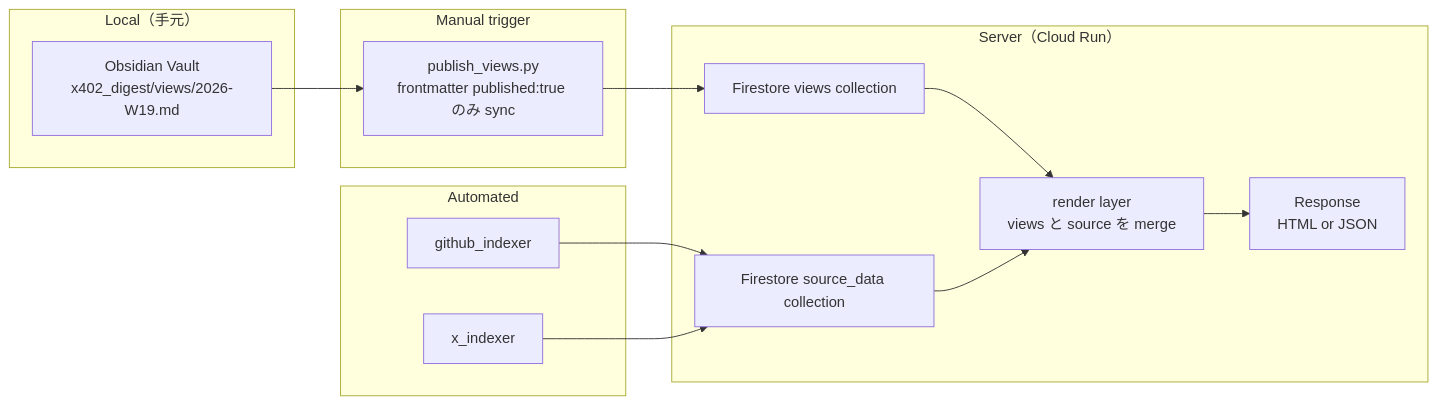
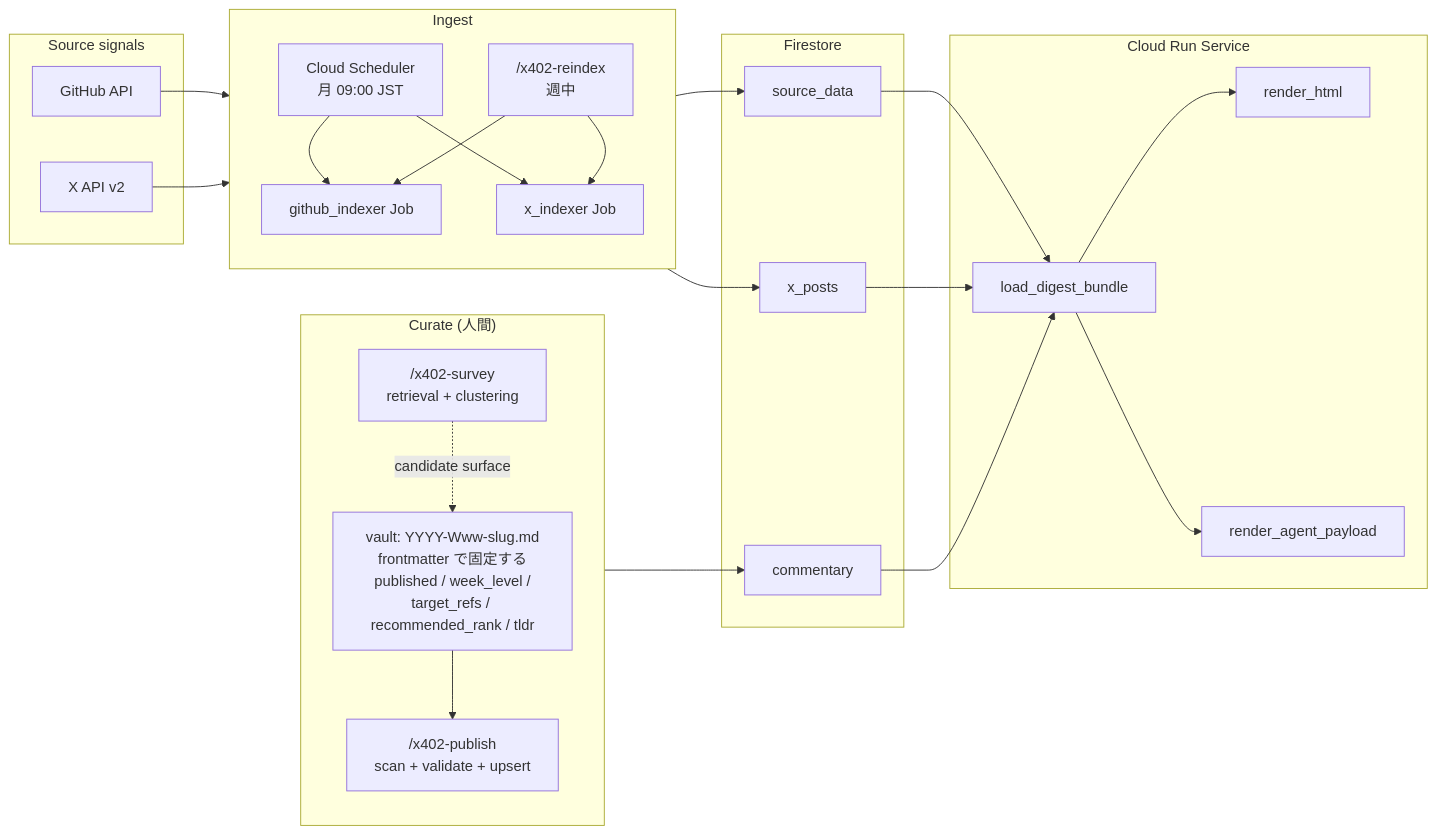
Before and after one commit to shuhei0866/x402-cms: the third of 5 diagrams in docs/architecture.ja.md, drawn with Mermaid. The commit also changed other lines of this file and 1 other file, not shown here.

````diff
--- a/docs/architecture.ja.md
+++ b/docs/architecture.ja.md
@@ -133,30 +142,50 @@
 ```mermaid
 flowchart LR
-  subgraph "Local（手元）"
-    Obsidian["Obsidian Vault<br/>x402_digest/views/2026-W19.md"]
+  subgraph Src["Source signals"]
+    GH["GitHub API"]
+    XAPI["X API v2"]
   end
 
-  subgraph "Manual trigger"
-    Publish["publish_views.py<br/>frontmatter published:true のみ sync"]
+  subgraph Ingest["Ingest"]
+    direction TB
+    Cron["Cloud Scheduler<br/>月 09:00 JST"]
+    Manual["/x402-reindex<br/>週中"]
+    GHJob["github_indexer Job"]
+    XJob["x_indexer Job"]
+    Cron --> GHJob
+    Cron --> XJob
+    Manual --> GHJob
+    Manual --> XJob
   end
 
-  subgraph "Server（Cloud Run）"
-    DBV["Firestore views collection"]
-    DBS["Firestore source_data collection"]
-    Render["render layer<br/>views と source を merge"]
-    Out["Response<br/>HTML or JSON"]
+  subgraph Curate["Curate (人間)"]
+    direction TB
+    Survey["/x402-survey<br/>retrieval + clustering"]
+    Vault["vault: YYYY-Www-slug.md<br/>frontmatter で固定する<br/>published / week_level /<br/>target_refs / recommended_rank / tldr"]
+    PubSkill["/x402-publish<br/>scan + validate + upsert"]
+    Survey -.->|"candidate surface"| Vault
+    Vault --> PubSkill
   end
 
-  subgraph "Automated"
-    GH["github_indexer"]
-    X["x_indexer"]
+  subgraph FS["Firestore"]
+    Srcd["source_data"]
+    Xp["x_posts"]
+    Cm["commentary"]
   end
 
-  Obsidian --> Publish
-  Publish --> DBV
-  GH --> DBS
-  X --> DBS
-  DBV --> Render
-  DBS --> Render
-  Render --> Out
+  subgraph Serve["Cloud Run Service"]
+    Bundle["load_digest_bundle"]
+    HTML["render_html"]
+    JSON["render_agent_payload"]
+  end
+
+  GH --> GHJob --> Srcd
+  XAPI --> XJob --> Xp
+  PubSkill --> Cm
+
+  Srcd --> Bundle
+  Xp --> Bundle
+  Cm --> Bundle
+  Bundle --> HTML
+  Bundle --> JSON
 ```
````
